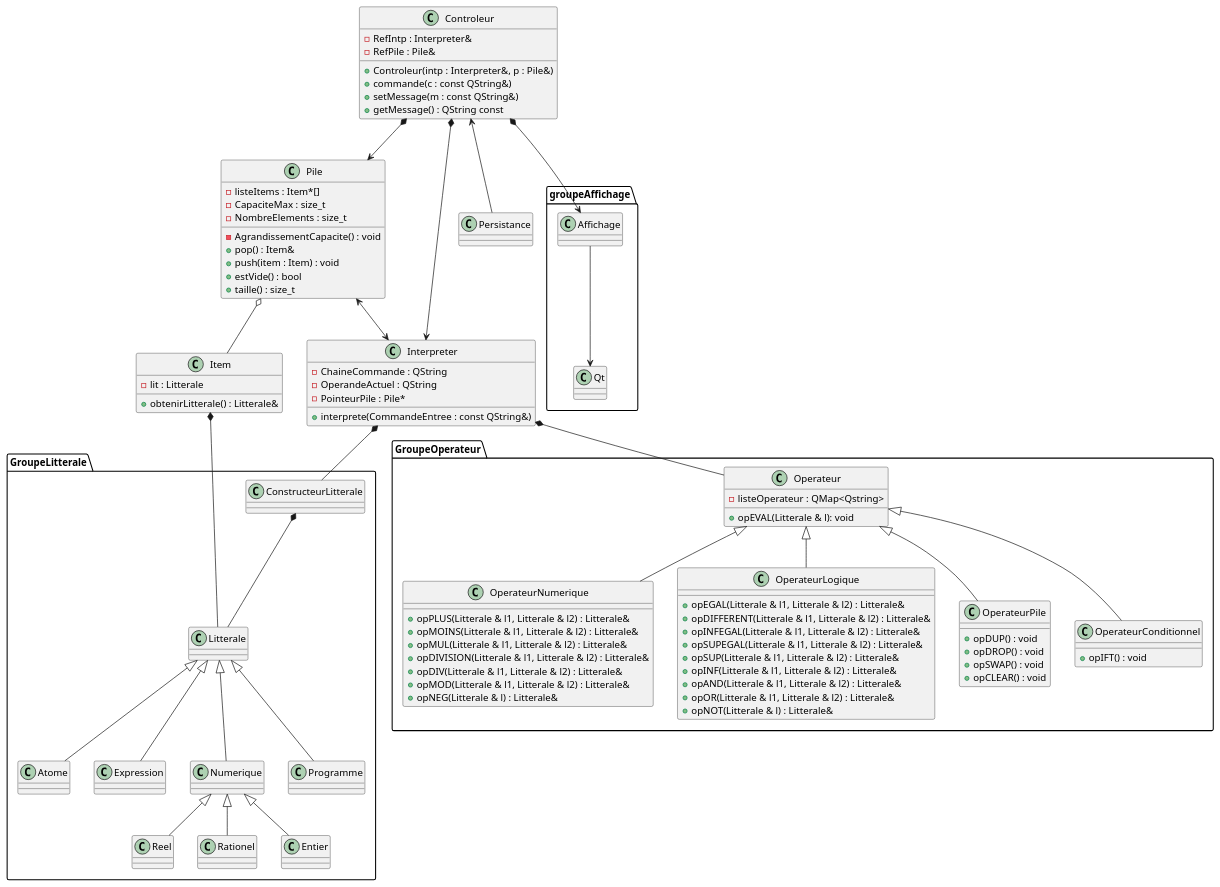
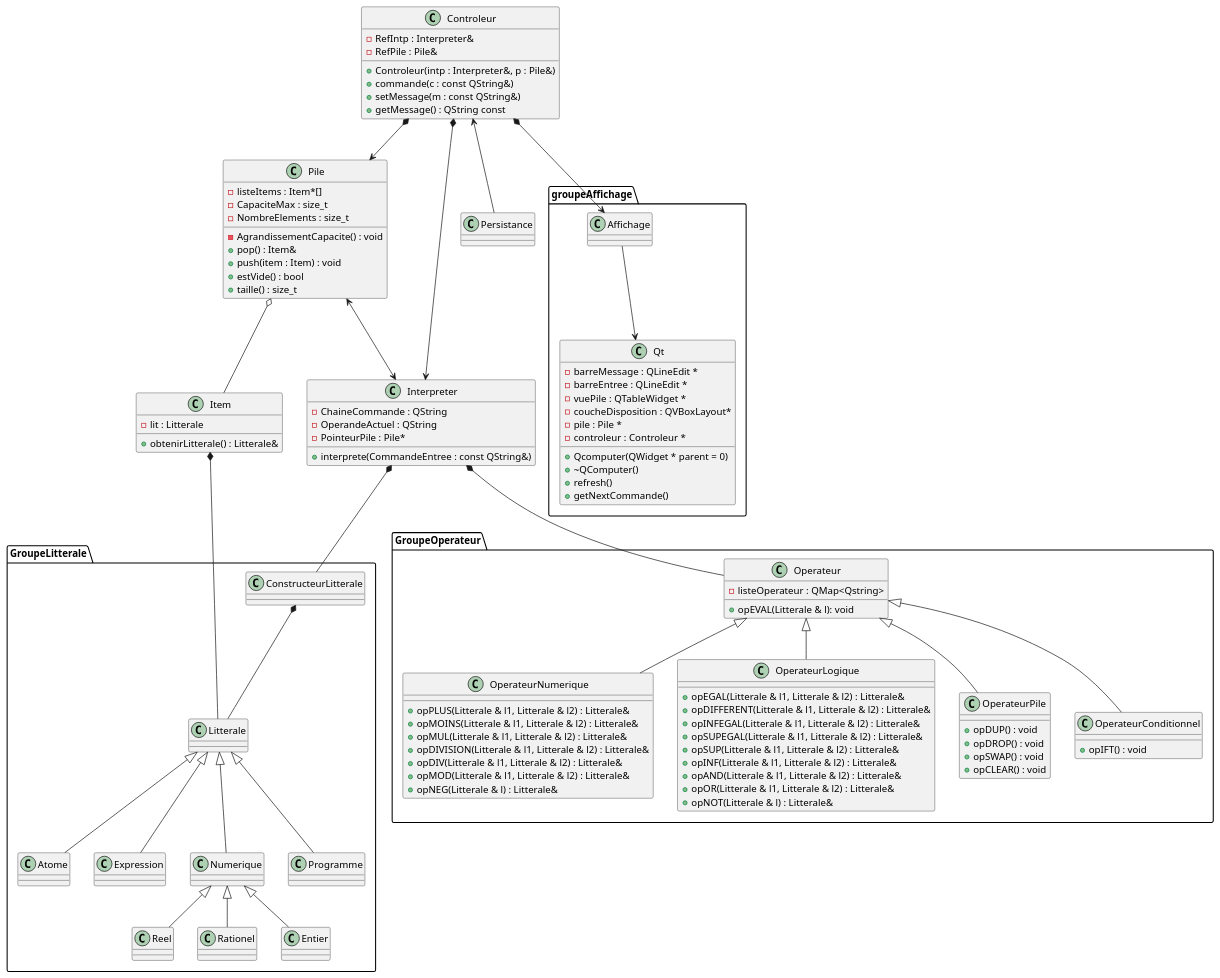
The diagram in UML.puml (LouisJeanneau/LO21-Projet-CompUT), drawn with PlantUML before and after one commit.

Commit message:
Mise à jour de l'UML avec la partie de Billy du Google Doc

```diff
--- a/UML.puml
+++ b/UML.puml
@@ -1,166 +1,175 @@
 @startuml
 
 package "GroupeLitterale" {
     Class Litterale{
 
     }
 
     Class ConstructeurLitterale{
 
     }
 
     Class Atome{
 
     }
 
     Class Expression{
 
     }
 
     Class Numerique{
 
     }
 
     Class Reel{
 
     }
 
     Class Rationel{
 
     }
 
     Class Entier{
 
     }
 
     Class Programme{
 
     }
 
 }
 
 
 Class Item{
     -lit : Litterale
     +obtenirLitterale() : Litterale&
 }
 
 package "GroupeOperateur" {
 
 Class Operateur{
     -listeOperateur : QMap<Qstring>
     +opEVAL(Litterale & l): void
 }
 
 Class OperateurNumerique {
     +opPLUS(Litterale & l1, Litterale & l2) : Litterale&
     +opMOINS(Litterale & l1, Litterale & l2) : Litterale&
     +opMUL(Litterale & l1, Litterale & l2) : Litterale&
     +opDIVISION(Litterale & l1, Litterale & l2) : Litterale&
     +opDIV(Litterale & l1, Litterale & l2) : Litterale&
     +opMOD(Litterale & l1, Litterale & l2) : Litterale&
     +opNEG(Litterale & l) : Litterale&
 }
 
 Class OperateurLogique {
     +opEGAL(Litterale & l1, Litterale & l2) : Litterale&
     +opDIFFERENT(Litterale & l1, Litterale & l2) : Litterale&
     +opINFEGAL(Litterale & l1, Litterale & l2) : Litterale&
     +opSUPEGAL(Litterale & l1, Litterale & l2) : Litterale&
     +opSUP(Litterale & l1, Litterale & l2) : Litterale&
     +opINF(Litterale & l1, Litterale & l2) : Litterale&
     +opAND(Litterale & l1, Litterale & l2) : Litterale&
     +opOR(Litterale & l1, Litterale & l2) : Litterale&
     +opNOT(Litterale & l) : Litterale&
 
 
 }
 
 Class OperateurPile {
     +opDUP() : void
     +opDROP() : void
     +opSWAP() : void 
     +opCLEAR() : void
 }
 
 Class OperateurConditionnel {
     +opIFT() : void
 }
 
 
 
 }
 
 
 Class Pile{
     -listeItems : Item*[]
     -CapaciteMax : size_t
     -NombreElements : size_t
     -AgrandissementCapacite() : void
     +pop() : Item&
     +push(item : Item) : void
     +estVide() : bool
     +taille() : size_t
 
 
 
 }
 
 Class Interpreter{
     -ChaineCommande : QString
     -OperandeActuel : QString
     -PointeurPile : Pile*
     +interprete(CommandeEntree : const QString&)
 }
 
 Class Controleur{
     -RefIntp : Interpreter&
     -RefPile : Pile&
     +Controleur(intp : Interpreter&, p : Pile&)
     +commande(c : const QString&)
     +setMessage(m : const QString&)
     +getMessage() : QString const
 }
 
 Class Persistance{
 
 }
 
 package "groupeAffichage" {
 
     Class Affichage{
 
     }
 
     Class Qt {
-
+	-barreMessage : QLineEdit *
+	-barreEntree : QLineEdit *
+	-vuePile : QTableWidget *
+	-coucheDisposition : QVBoxLayout*
+	-pile : Pile *
+	-controleur : Controleur *
+	+Qcomputer(QWidget * parent = 0)
+	+~QComputer()
+	+refresh()
+	+getNextCommande()
     }
 
 }
 
 Litterale <|-- Programme
 Litterale <|-- Numerique
 Litterale <|-- Expression
 Litterale <|-- Atome
 Numerique <|-- Reel
 Numerique <|-- Rationel
 Numerique <|-- Entier
 
 Operateur <|-- OperateurNumerique
 Operateur <|-- OperateurLogique
 Operateur <|-- OperateurPile
 Operateur <|-- OperateurConditionnel 
 
 ConstructeurLitterale *-- Litterale
 Interpreter *-- Operateur
 Interpreter *-- ConstructeurLitterale
 Item *-- Litterale
 Pile o-- Item
 Pile <--> Interpreter
 Controleur *--> Interpreter
 Controleur *--> Pile
 Controleur <-- Persistance
 Controleur *--> Affichage
 Affichage --> Qt
 
 @enduml
```
